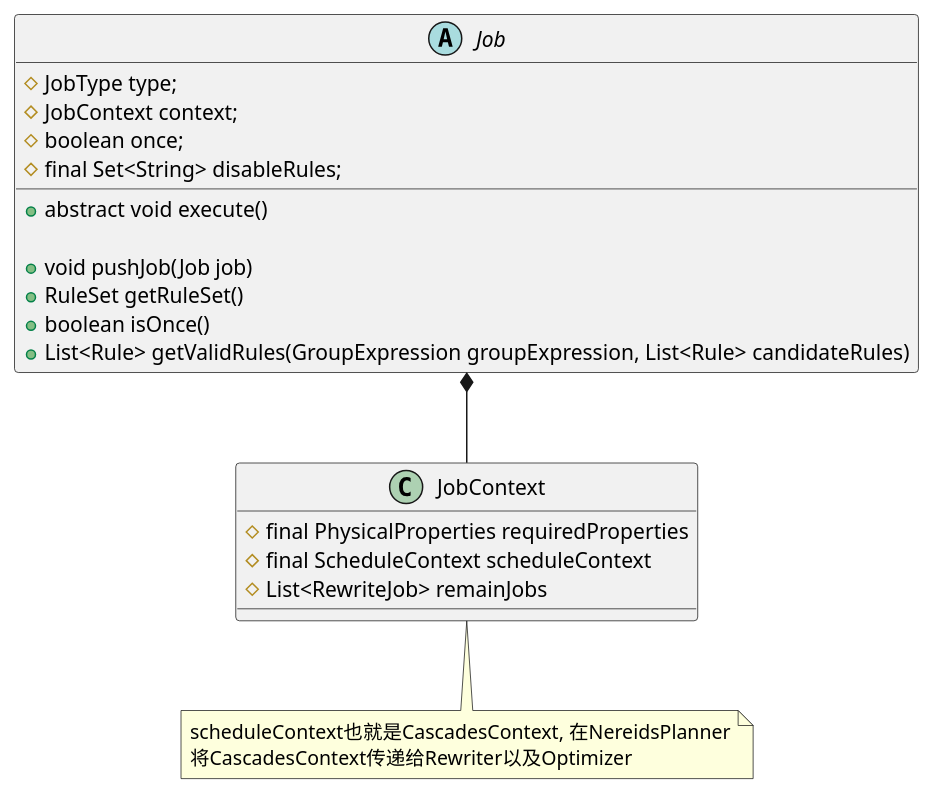
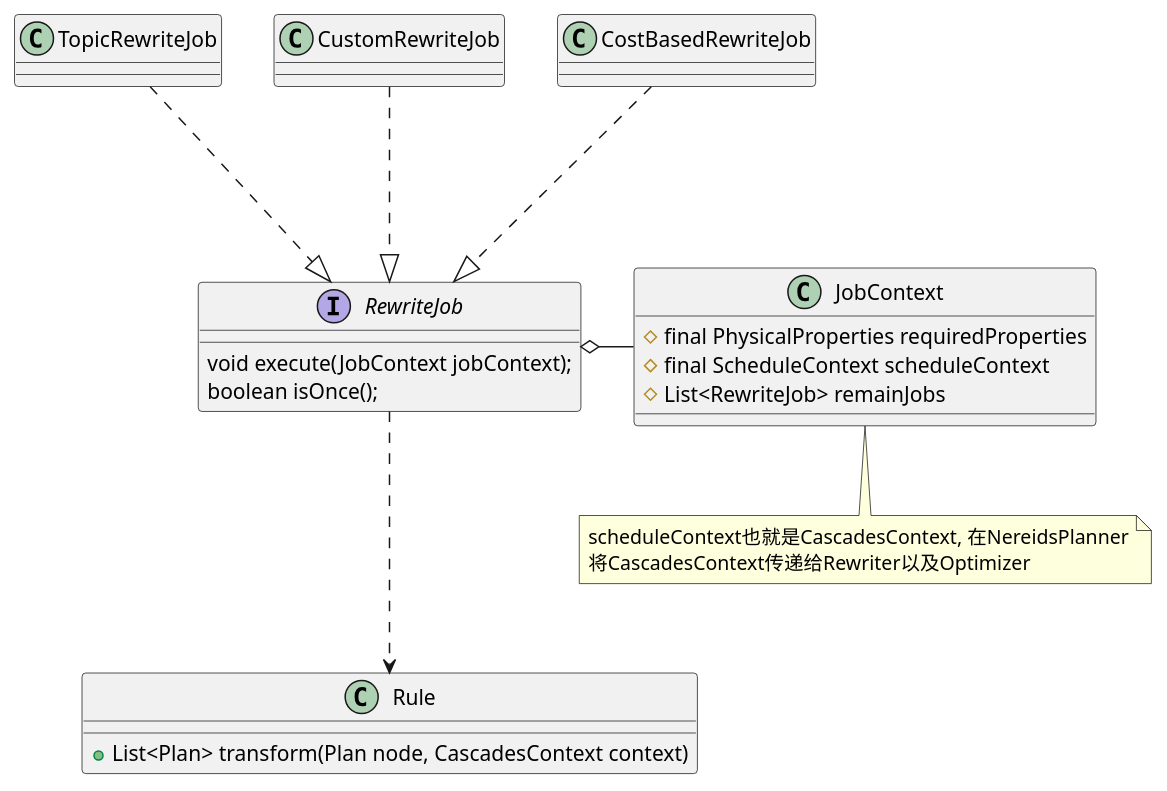
The second of 5 diagrams in doc/DB/Doris/SourceRead/01_00_RewriteFramework.md (DepInjoy/geektime), drawn with PlantUML before and after one commit. The commit also changed other lines of this file and 2 other files, not shown here.

Commit message:
Rewrite Framework整理

````diff
--- a/doc/DB/Doris/SourceRead/01_00_RewriteFramework.md
+++ b/doc/DB/Doris/SourceRead/01_00_RewriteFramework.md
@@ -109,24 +108,26 @@
 ```plantuml
-abstract class Job {
-    # JobType type;
-    # JobContext context;
-    # boolean once;
-    # final Set<String> disableRules;
-
-    + abstract void execute()
-    
-    + void pushJob(Job job)
-    + RuleSet getRuleSet()
-    + boolean isOnce()
-    + List<Rule> getValidRules(GroupExpression groupExpression, List<Rule> candidateRules)
+@startuml
+interface RewriteJob {
+    void execute(JobContext jobContext);
+    boolean isOnce();
 }
 
 class JobContext {
     # final PhysicalProperties requiredProperties
     # final ScheduleContext scheduleContext
     # List<RewriteJob> remainJobs
 }
 note bottom: scheduleContext也就是CascadesContext, 在NereidsPlanner\n将CascadesContext传递给Rewriter以及Optimizer
 
-JobContext -up-*Job
+class Rule {
+    + List<Plan> transform(Plan node, CascadesContext context)
+}
+
+JobContext -left--o RewriteJob
+TopicRewriteJob -down..|> RewriteJob
+CustomRewriteJob -down..|> RewriteJob
+CostBasedRewriteJob -down..|> RewriteJob
+
+RewriteJob -down..> Rule
+@enduml
 ```
````
